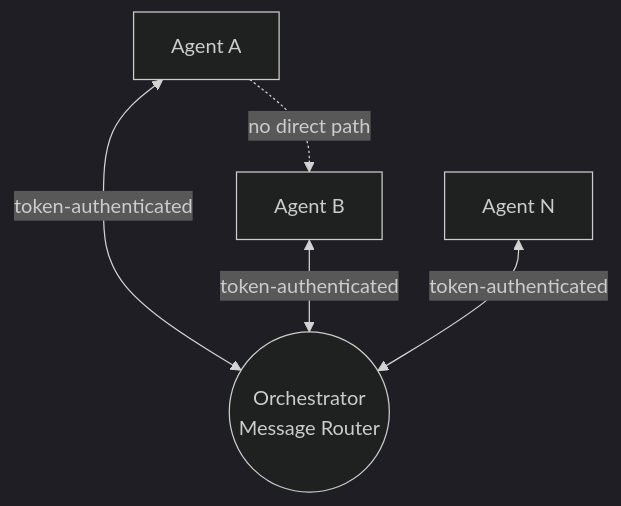
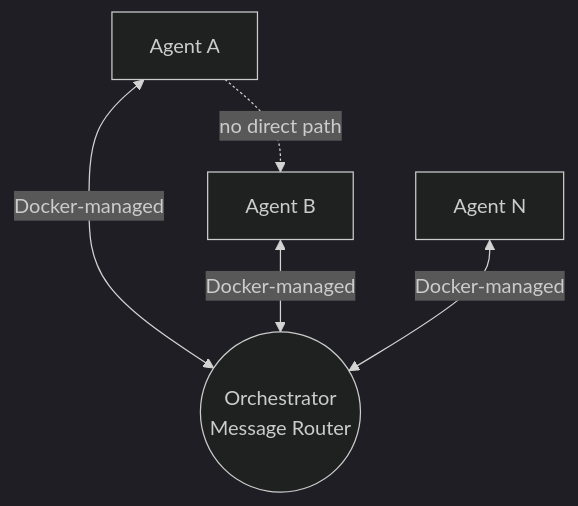
One commit to neverprepared/ink-bunny changed the second of 3 diagrams in docs/persona_agentic/PHASE_1/arch-orchestration.md. Above: the diagram before and after it, drawn with Mermaid (dark theme). The commit also changed other lines of this file and 17 other files, not shown here.

````diff
--- a/docs/persona_agentic/PHASE_1/arch-orchestration.md
+++ b/docs/persona_agentic/PHASE_1/arch-orchestration.md
@@ -72,10 +42,10 @@
 ```mermaid
 graph TD
     Orch((Orchestrator<br/>Message Router))
 
-    Agent1[Agent A] <-->|"token-authenticated"| Orch
-    Agent2[Agent B] <-->|"token-authenticated"| Orch
-    Agent3[Agent N] <-->|"token-authenticated"| Orch
+    Agent1[Agent A] <-->|"Docker-managed"| Orch
+    Agent2[Agent B] <-->|"Docker-managed"| Orch
+    Agent3[Agent N] <-->|"Docker-managed"| Orch
 
     Agent1 -.->|"no direct path"| Agent2
 ```
````
